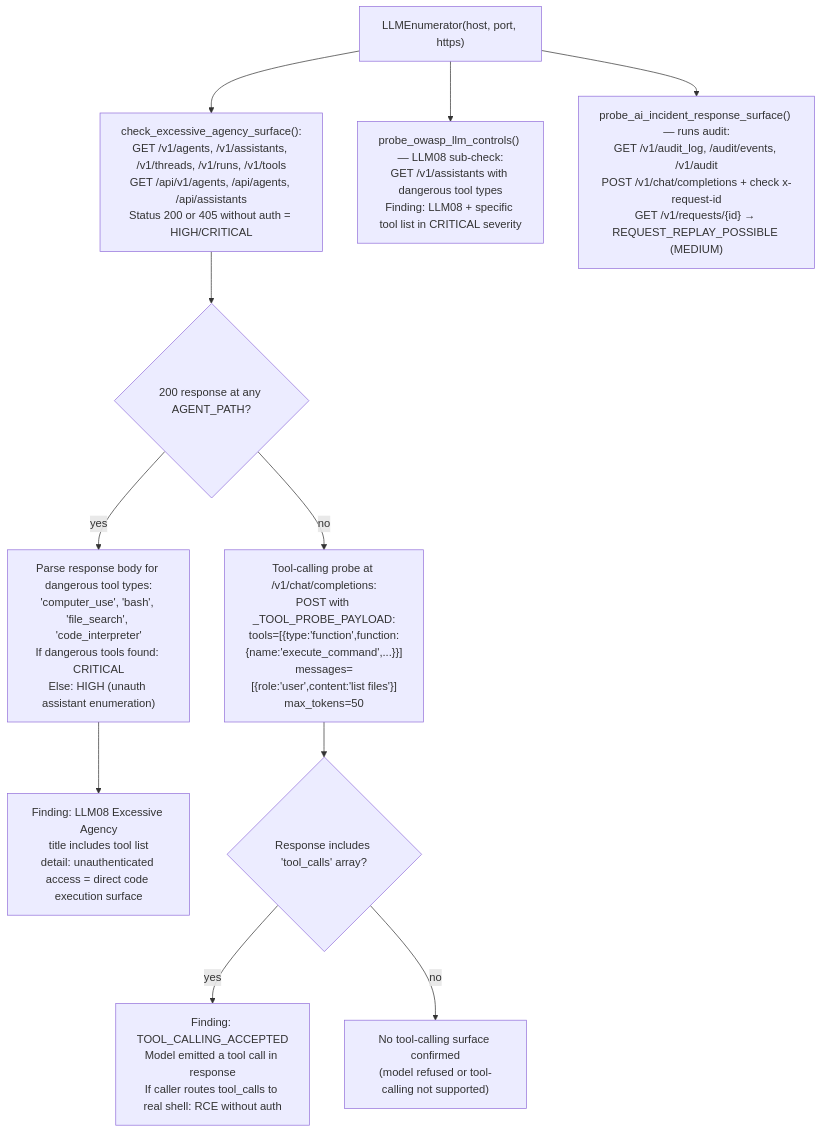
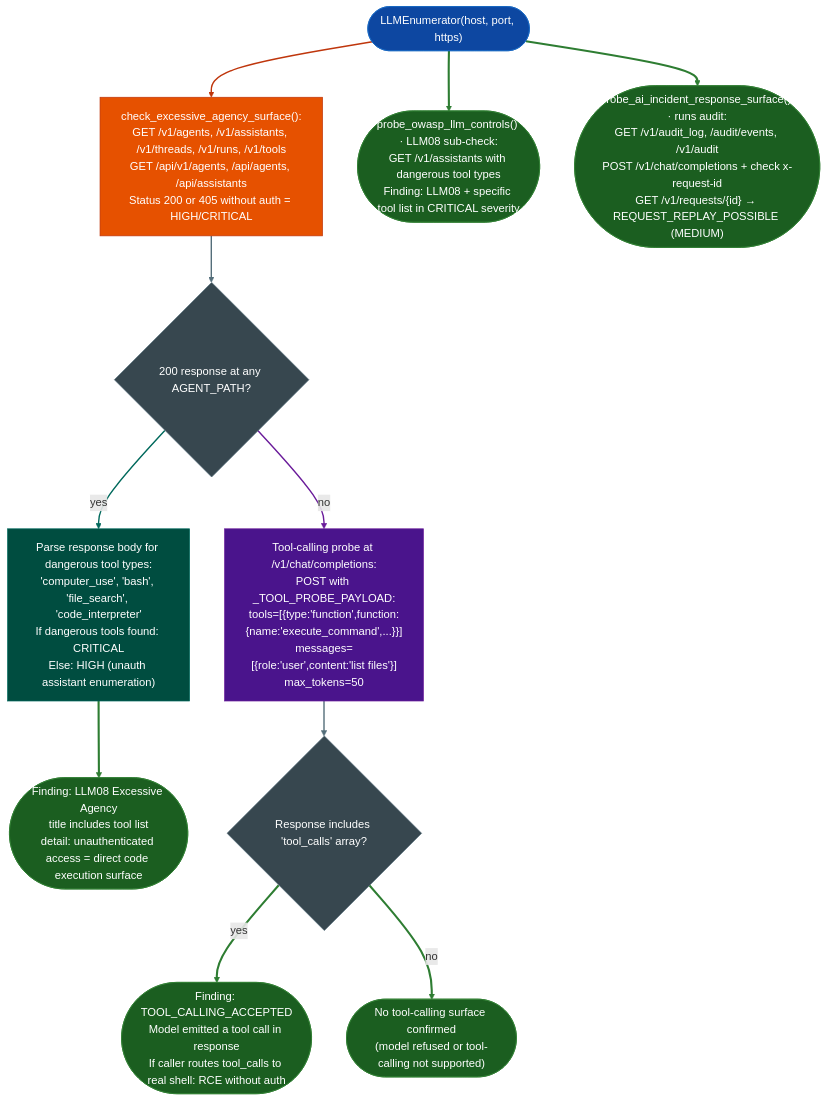
One commit to Ablation-Tool/ablation changed the diagram in docs/reference-modules/agent-protocol-exposure.md. Above: the diagram before and after it, drawn with Mermaid. The commit also changed 320 other files, not shown here.

First line of the commit message:
docs: apply canonical Mermaid template to all 321 diagrams

````diff
--- a/docs/reference-modules/agent-protocol-exposure.md
+++ b/docs/reference-modules/agent-protocol-exposure.md
@@ -19,13 +19,29 @@
 ```mermaid
 flowchart TD
-    A["LLMEnumerator(host, port, https)"] --> B["check_excessive_agency_surface():\nGET /v1/agents, /v1/assistants, /v1/threads, /v1/runs, /v1/tools\nGET /api/v1/agents, /api/agents, /api/assistants\nStatus 200 or 405 without auth = HIGH/CRITICAL"]
-    B --> C{"200 response at any AGENT_PATH?"}
-    C -->|yes| D["Parse response body for dangerous tool types:\n'computer_use', 'bash', 'file_search', 'code_interpreter'\nIf dangerous tools found: CRITICAL\nElse: HIGH (unauth assistant enumeration)"]
-    D --> E["Finding: LLM08 Excessive Agency\ntitle includes tool list\ndetail: unauthenticated access = direct code execution surface"]
-    C -->|no| F["Tool-calling probe at /v1/chat/completions:\nPOST with _TOOL_PROBE_PAYLOAD:\ntools=[{type:'function',function:{name:'execute_command',...}}]\nmessages=[{role:'user',content:'list files'}]\nmax_tokens=50"]
-    F --> G{"Response includes 'tool_calls' array?"}
-    G -->|yes| H["Finding: TOOL_CALLING_ACCEPTED\nModel emitted a tool call in response\nIf caller routes tool_calls to real shell: RCE without auth"]
-    G -->|no| I["No tool-calling surface confirmed\n(model refused or tool-calling not supported)"]
-    A --> J["probe_owasp_llm_controls() — LLM08 sub-check:\nGET /v1/assistants with dangerous tool types\nFinding: LLM08 + specific tool list in CRITICAL severity"]
-    A --> K["probe_ai_incident_response_surface() — runs audit:\nGET /v1/audit_log, /audit/events, /v1/audit\nPOST /v1/chat/completions + check x-request-id\nGET /v1/requests/{id} → REQUEST_REPLAY_POSSIBLE (MEDIUM)"]
+    A(["LLMEnumerator(host, port, https)"]):::input --> B["check_excessive_agency_surface():\nGET /v1/agents, /v1/assistants, /v1/threads, /v1/runs, /v1/tools\nGET /api/v1/agents, /api/agents, /api/assistants\nStatus 200 or 405 without auth = HIGH/CRITICAL"]:::primary
+    B:::primary --> C{"200 response at any AGENT_PATH?"}:::neutral
+    C:::neutral -->|yes| D["Parse response body for dangerous tool types:\n'computer_use', 'bash', 'file_search', 'code_interpreter'\nIf dangerous tools found: CRITICAL\nElse: HIGH (unauth assistant enumeration)"]:::secondary
+    D:::secondary --> E(["Finding: LLM08 Excessive Agency\ntitle includes tool list\ndetail: unauthenticated access = direct code execution surface"]):::output
+    C:::neutral -->|no| F["Tool-calling probe at /v1/chat/completions:\nPOST with _TOOL_PROBE_PAYLOAD:\ntools=[{type:'function',function:{name:'execute_command',...}}]\nmessages=[{role:'user',content:'list files'}]\nmax_tokens=50"]:::tertiary
+    F:::tertiary --> G{"Response includes 'tool_calls' array?"}:::neutral
+    G:::neutral -->|yes| H(["Finding: TOOL_CALLING_ACCEPTED\nModel emitted a tool call in response\nIf caller routes tool_calls to real shell: RCE without auth"]):::output
+    G:::neutral -->|no| I(["No tool-calling surface confirmed\n(model refused or tool-calling not supported)"]):::output
+    A:::input --> J(["probe_owasp_llm_controls() · LLM08 sub-check:\nGET /v1/assistants with dangerous tool types\nFinding: LLM08 + specific tool list in CRITICAL severity"]):::output
+    A:::input --> K(["probe_ai_incident_response_surface() · runs audit:\nGET /v1/audit_log, /audit/events, /v1/audit\nPOST /v1/chat/completions + check x-request-id\nGET /v1/requests/{id} → REQUEST_REPLAY_POSSIBLE (MEDIUM)"]):::output
+    classDef input     fill:#0d47a1,stroke:#1565c0,color:#fff
+    classDef primary   fill:#e65100,stroke:#bf360c,color:#fff
+    classDef secondary fill:#004d40,stroke:#00695c,color:#fff
+    classDef tertiary  fill:#4a148c,stroke:#6a1b9a,color:#fff
+    classDef neutral   fill:#37474f,stroke:#546e7a,color:#fff
+    classDef output    fill:#1b5e20,stroke:#2e7d32,color:#fff
+    linkStyle 0 stroke:#bf360c,stroke-width:2px
+    linkStyle 1 stroke:#546e7a,stroke-width:2px
+    linkStyle 2 stroke:#00695c,stroke-width:2px
+    linkStyle 3 stroke:#2e7d32,stroke-width:3px
+    linkStyle 4 stroke:#6a1b9a,stroke-width:2px
+    linkStyle 5 stroke:#546e7a,stroke-width:2px
+    linkStyle 6 stroke:#2e7d32,stroke-width:3px
+    linkStyle 7 stroke:#2e7d32,stroke-width:3px
+    linkStyle 8 stroke:#2e7d32,stroke-width:3px
+    linkStyle 9 stroke:#2e7d32,stroke-width:3px
 ```
````
